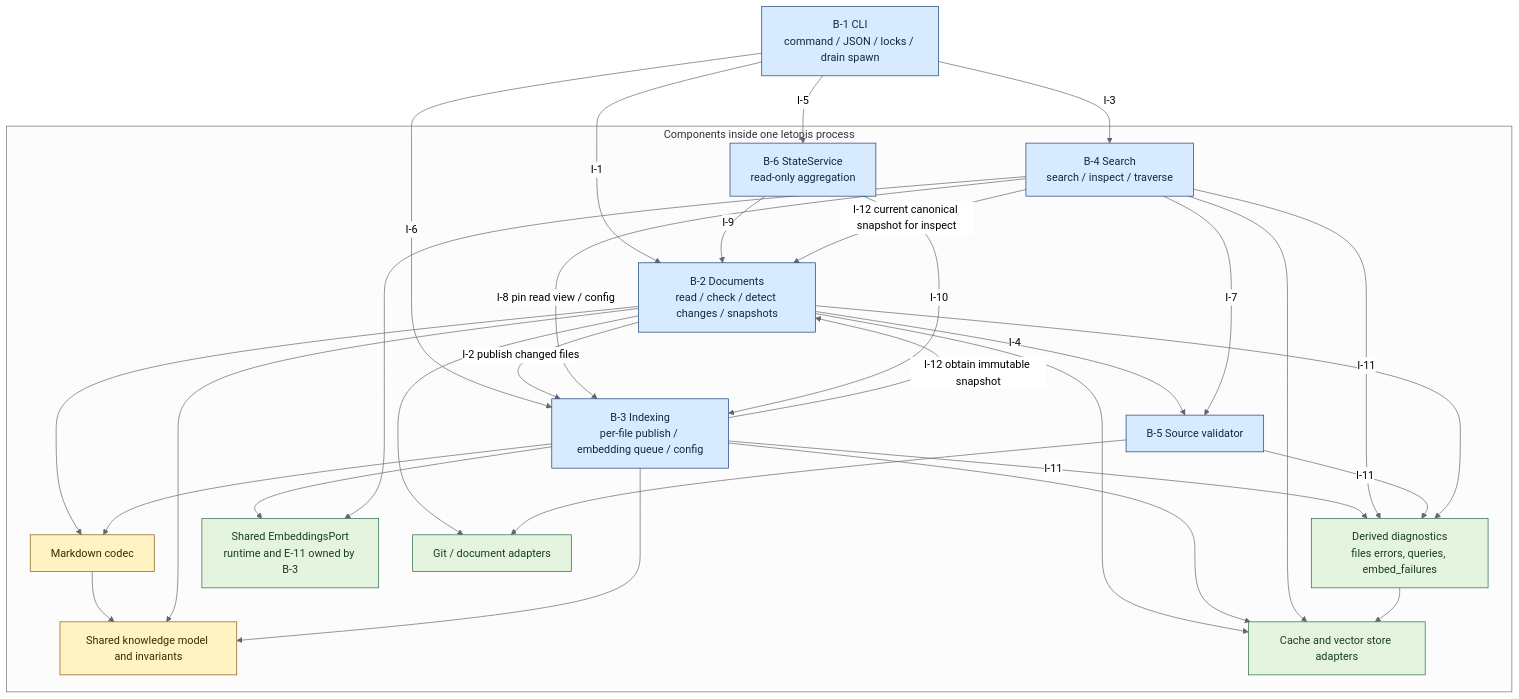
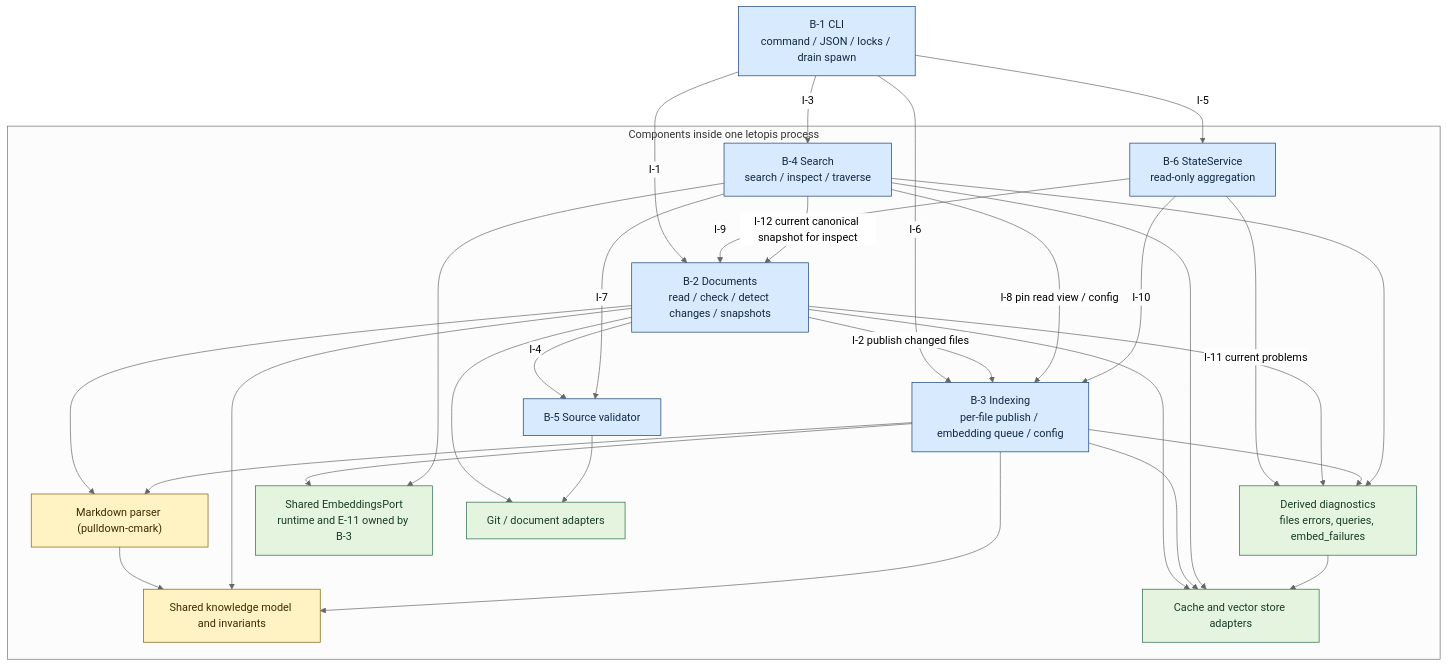
The diagram in docs/zkit/letopis/diagrams/architecture-components.mmd (zdkadiev/letopis), drawn with Mermaid (neutral theme) before and after one commit. The commit also changed 65 other files, not shown here.

```diff
--- a/docs/zkit/letopis/diagrams/architecture-components.mmd
+++ b/docs/zkit/letopis/diagrams/architecture-components.mmd
@@ -1,50 +1,49 @@
 flowchart TB
     B1["B-1 CLI<br/>command / JSON / locks / drain spawn"]
     subgraph Proc["Components inside one letopis process"]
         B2["B-2 Documents<br/>read / check / detect changes / snapshots"]
         B3["B-3 Indexing<br/>per-file publish / embedding queue / config"]
         B4["B-4 Search<br/>search / inspect / traverse"]
         B5["B-5 Source validator"]
         B6["B-6 StateService<br/>read-only aggregation"]
         Domain["Shared knowledge model and invariants"]
-        Codec["Markdown codec"]
+        Codec["Markdown parser (pulldown-cmark)"]
         Diag["Derived diagnostics<br/>files errors, queries, embed_failures"]
         Embed["Shared EmbeddingsPort<br/>runtime and E-11 owned by B-3"]
         Store["Cache and vector store adapters"]
         GitPort["Git / document adapters"]
     end
     B1 -->|"I-1"| B2
     B1 -->|"I-3"| B4
     B1 -->|"I-5"| B6
     B1 -->|"I-6"| B3
     B2 -->|"I-2 publish changed files"| B3
     B2 -->|"I-4"| B5
     B4 -->|"I-7"| B5
     B4 -->|"I-8 pin read view / config"| B3
     B6 -->|"I-9"| B2
     B6 -->|"I-10"| B3
-    B3 -->|"I-12 obtain immutable snapshot"| B2
     B4 -->|"I-12 current canonical snapshot for inspect"| B2
-    B3 -->|"I-11"| Diag
-    B4 -->|"I-11"| Diag
-    B5 -->|"I-11"| Diag
+    B6 -->|"I-11 current problems"| Diag
     B2 --> Diag
+    B3 --> Diag
+    B4 --> Diag
     B2 --> Codec
     B3 --> Codec
     Codec --> Domain
     B2 --> Domain
     B3 --> Domain
     B3 --> Embed
     B4 --> Embed
     B2 --> Store
     B3 --> Store
     B4 --> Store
     Diag --> Store
     B2 --> GitPort
     B5 --> GitPort
     classDef primary fill:#d8eafe,stroke:#153e75,color:#102a43
     classDef port fill:#e5f4df,stroke:#276749,color:#183d27
     classDef domain fill:#fff3c4,stroke:#805b10,color:#3d2b00
     class B1,B2,B3,B4,B5,B6 primary
     class Diag,Embed,Store,GitPort port
     class Domain,Codec domain
```
